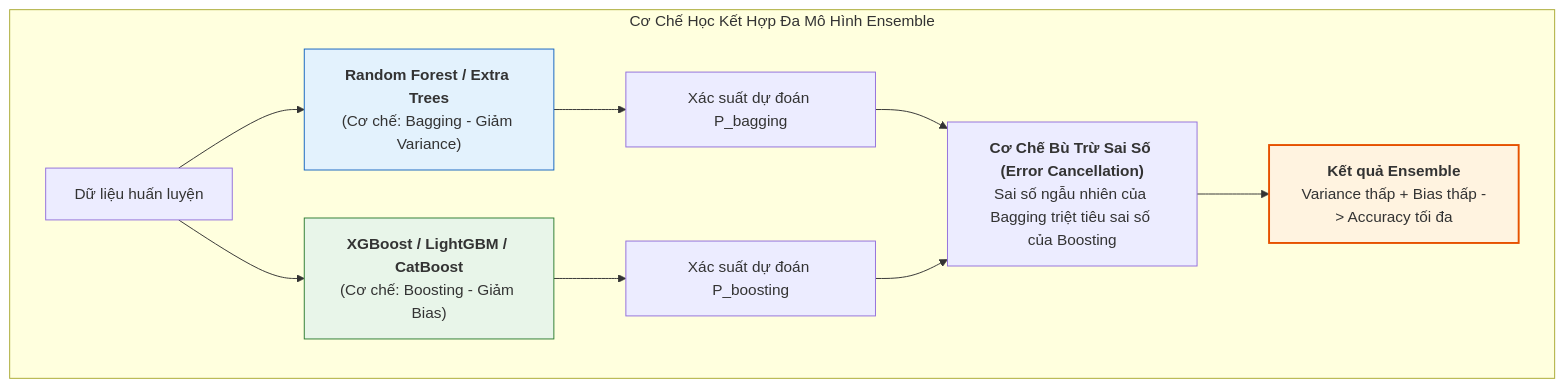
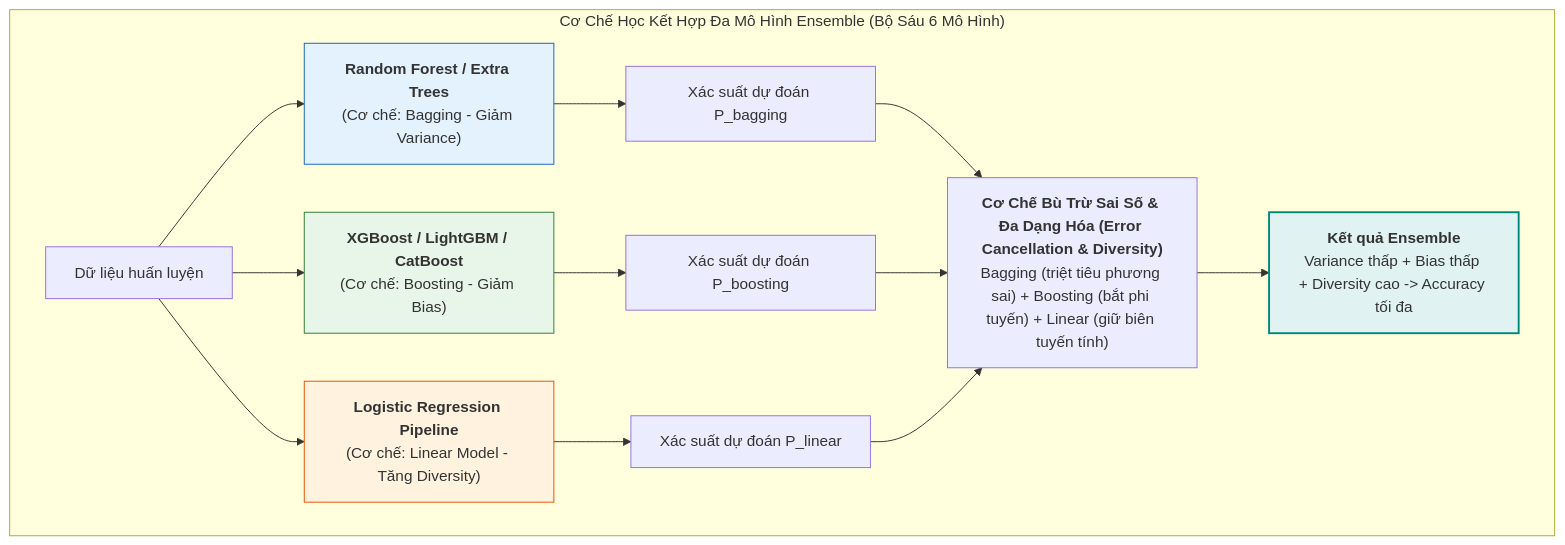
The fourth of 6 diagrams in competition/titanic/PIPELINE_PLAN.md (KhoaS84/kaggle-key), drawn with Mermaid before and after one commit. The commit also changed other lines of this file, not shown here.

Commit message:
docs: update Section 4.4 Ensemble diagram and table to reflect full 6-model ensemble including Logistic Regression

````diff
--- a/competition/titanic/PIPELINE_PLAN.md
+++ b/competition/titanic/PIPELINE_PLAN.md
@@ -347,16 +347,19 @@
 ```mermaid
 graph TD
-    subgraph EnsMech ["Cơ Chế Học Kết Hợp Đa Mô Hình Ensemble"]
+    subgraph EnsMech ["Cơ Chế Học Kết Hợp Đa Mô Hình Ensemble (Bộ Sáu 6 Mô Hình)"]
         A["Dữ liệu huấn luyện"] --> M1["<b>Random Forest / Extra Trees</b><br>(Cơ chế: Bagging - Giảm Variance)"]
         A --> M2["<b>XGBoost / LightGBM / CatBoost</b><br>(Cơ chế: Boosting - Giảm Bias)"]
+        A --> M3["<b>Logistic Regression Pipeline</b><br>(Cơ chế: Linear Model - Tăng Diversity)"]
 
         M1 --> P1["Xác suất dự đoán P_bagging"]
         M2 --> P2["Xác suất dự đoán P_boosting"]
+        M3 --> P3["Xác suất dự đoán P_linear"]
 
-        P1 & P2 --> C["<b>Cơ Chế Bù Trừ Sai Số (Error Cancellation)</b><br>Sai số ngẫu nhiên của Bagging triệt tiêu sai số của Boosting"]
-        C --> Out["<b>Kết quả Ensemble</b><br>Variance thấp + Bias thấp -> Accuracy tối đa"]
+        P1 & P2 & P3 --> C["<b>Cơ Chế Bù Trừ Sai Số & Đa Dạng Hóa (Error Cancellation & Diversity)</b><br>Bagging (triệt tiêu phương sai) + Boosting (bắt phi tuyến) + Linear (giữ biên tuyến tính)"]
+        C --> Out["<b>Kết quả Ensemble</b><br>Variance thấp + Bias thấp + Diversity cao -> Accuracy tối đa"]
     end
     style M1 fill:#e3f2fd,stroke:#1565c0;
     style M2 fill:#e8f5e9,stroke:#2e7d32;
-    style Out fill:#fff3e0,stroke:#e65100,stroke-width:2px;
+    style M3 fill:#fff3e0,stroke:#e65100;
+    style Out fill:#e0f2f1,stroke:#00897b,stroke-width:2px;
 ```
````
